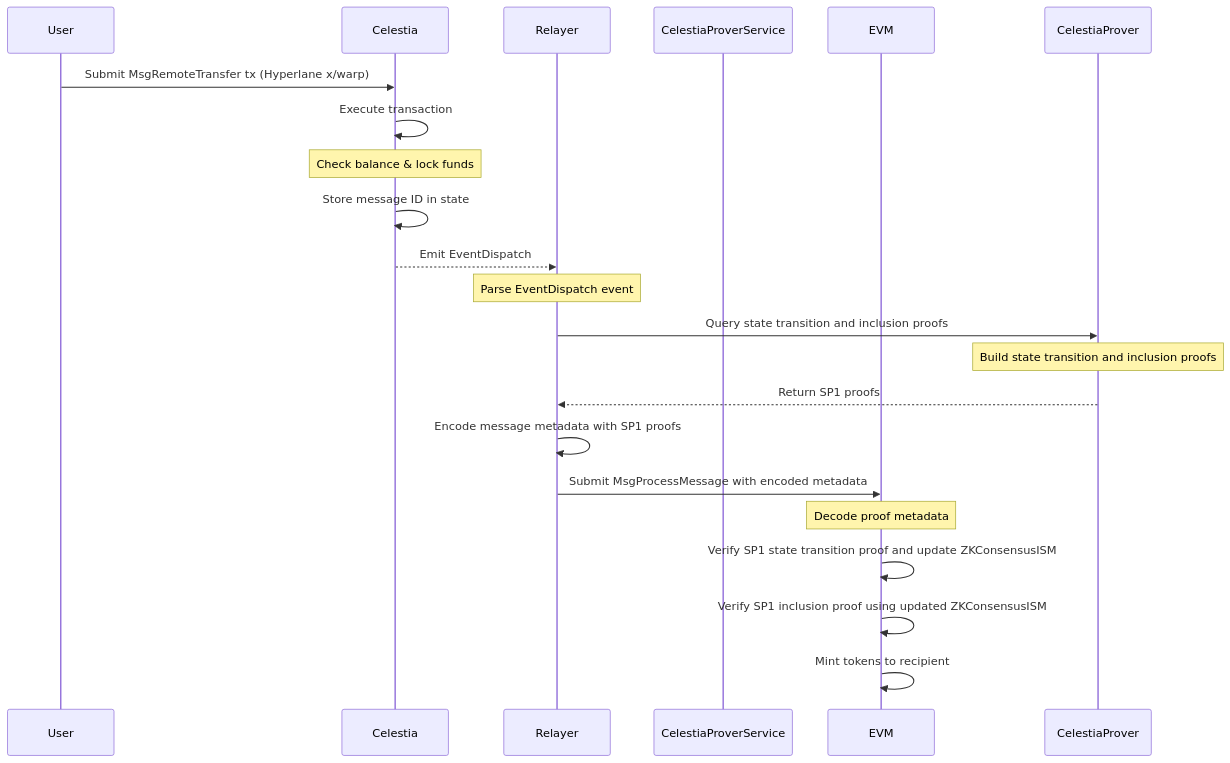
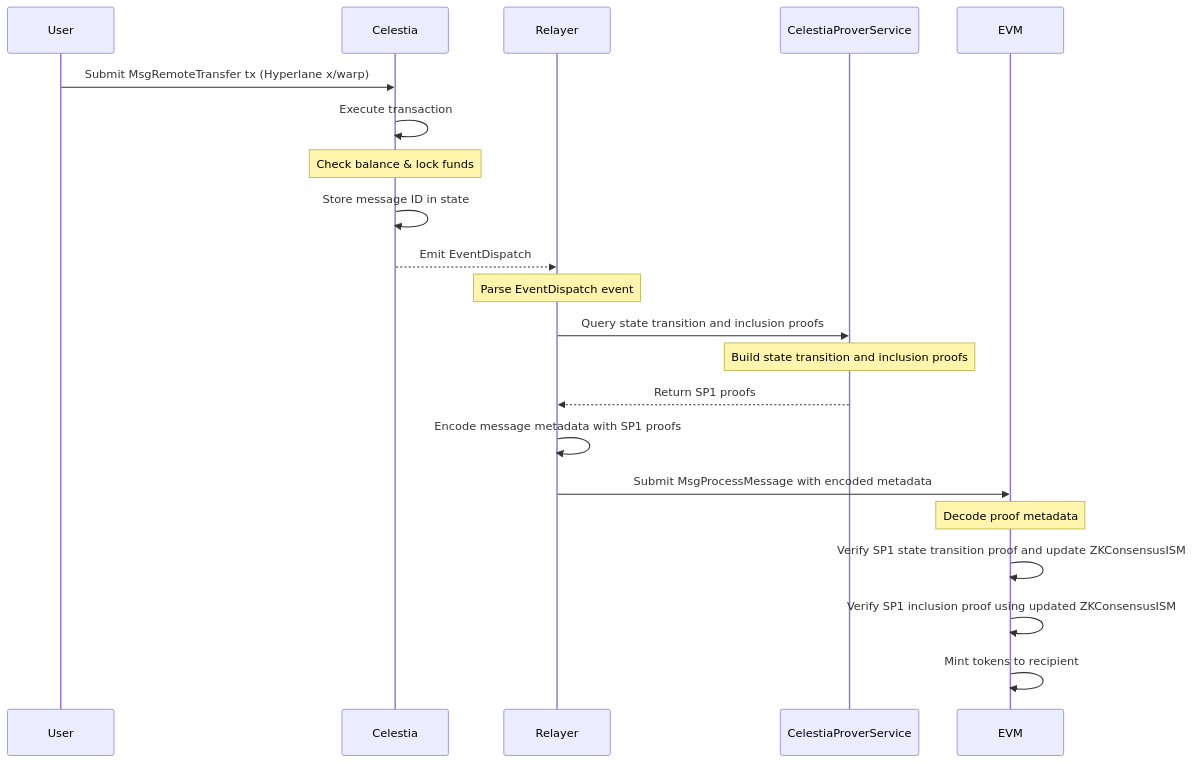
One commit to celestiaorg/celestia-zkevm changed the first of 2 diagrams in docs/ARCHITECTURE.md. Above: the diagram before and after it, drawn with Mermaid.

Commit message:
fix: typo in mermaid diagram

````diff
--- a/docs/ARCHITECTURE.md
+++ b/docs/ARCHITECTURE.md
@@ -11,29 +11,29 @@
 ```mermaid
 sequenceDiagram
     participant User
     participant Celestia
     participant Relayer
     participant CelestiaProverService
     participant EVM
 
     %% Step 1: Send Transfer
     User->>Celestia: Submit MsgRemoteTransfer tx (Hyperlane x/warp)
     Celestia->>Celestia: Execute transaction
     Note over Celestia: Check balance & lock funds
     Celestia->>Celestia: Store message ID in state
     Celestia-->>Relayer: Emit EventDispatch
 
     %% Step 2: Generate proofs and message
     Note over Relayer: Parse EventDispatch event
-    Relayer->>CelestiaProver: Query state transition and inclusion proofs
-    Note over CelestiaProver: Build state transition and inclusion proofs
-    CelestiaProver-->>Relayer: Return SP1 proofs
+    Relayer->>CelestiaProverService: Query state transition and inclusion proofs
+    Note over CelestiaProverService: Build state transition and inclusion proofs
+    CelestiaProverService-->>Relayer: Return SP1 proofs
     Relayer->>Relayer: Encode message metadata with SP1 proofs
 
     %% Step 3: Verify proofs and process message
     Relayer->>EVM: Submit MsgProcessMessage with encoded metadata
     Note over EVM: Decode proof metadata
     EVM->>EVM: Verify SP1 state transition proof and update ZKConsensusISM
     EVM->>EVM: Verify SP1 inclusion proof using updated ZKConsensusISM
     EVM->>EVM: Mint tokens to recipient
 ```
````
